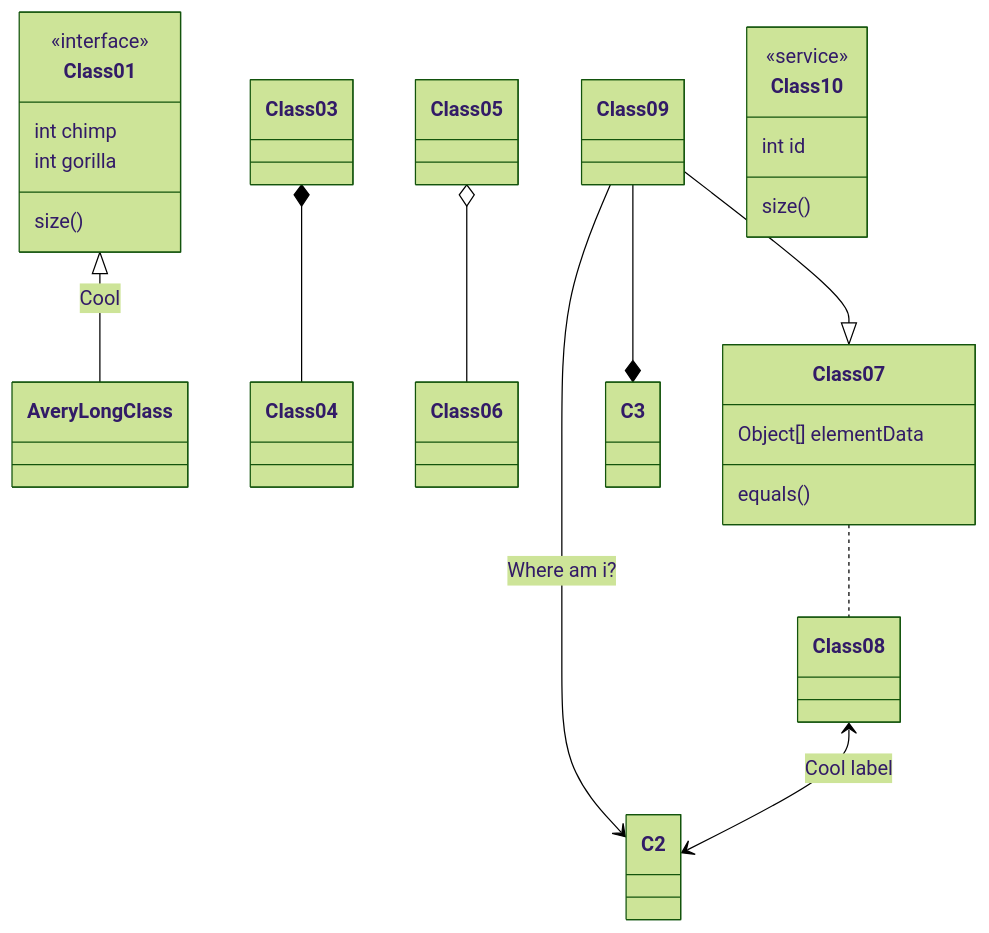
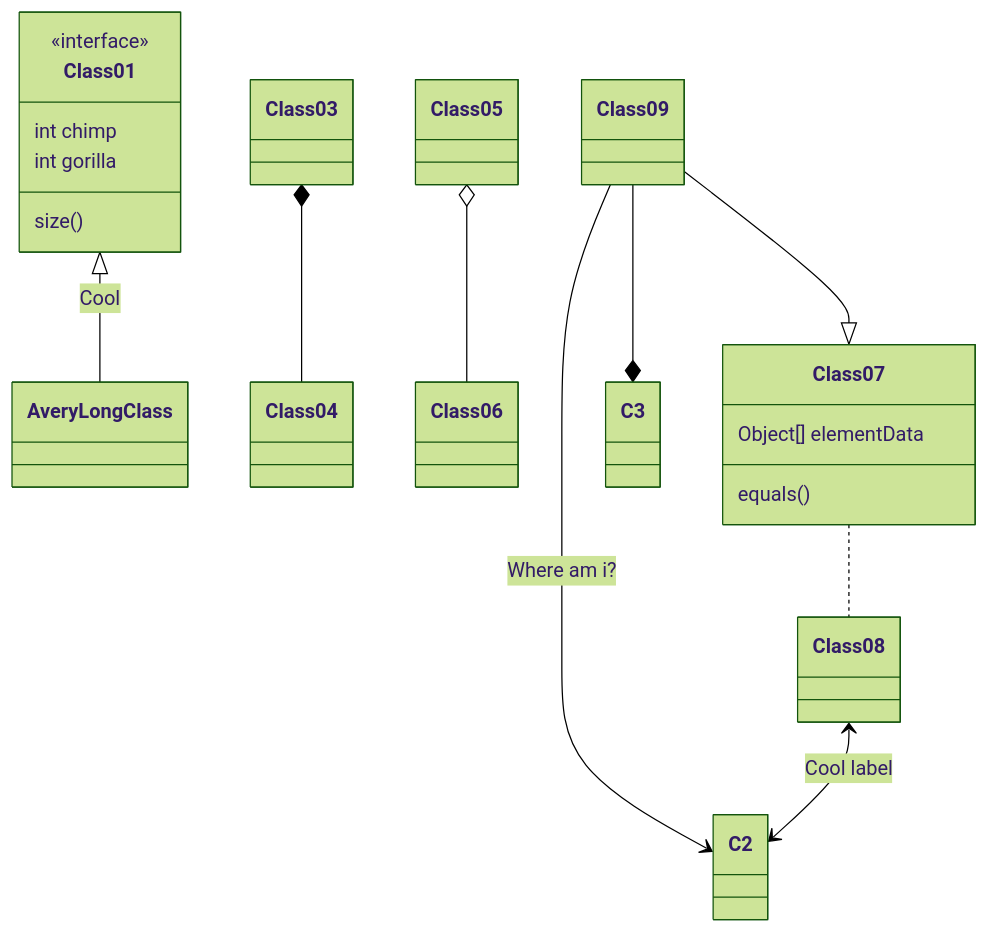
One commit to miaozhuojun/miaozhuojun.github.io changed the first of 3 diagrams in _posts/2021-03-26-Hotspot-intrinsice.md. Above: the diagram before and after it, drawn with Mermaid (forest theme).

```diff
--- a/_posts/2021-03-26-Hotspot-intrinsice.md
+++ b/_posts/2021-03-26-Hotspot-intrinsice.md
@@ -19,22 +19,17 @@
 <div class="mermaid">
 classDiagram
 Class01 <|-- AveryLongClass : Cool
 <<interface>> Class01
 Class03 *-- Class04
 Class05 o-- Class06
 Class07 .. Class08
 Class09 --> C2 : Where am i?
 Class09 --* C3
 Class09 --|> Class07
 Class07 : equals()
 Class07 : Object[] elementData
 Class01 : size()
 Class01 : int chimp
 Class01 : int gorilla
 Class08 <--> C2: Cool label
-class Class10 {
-  <<service>>
-  int id
-  size()
-}
 </div>
```
